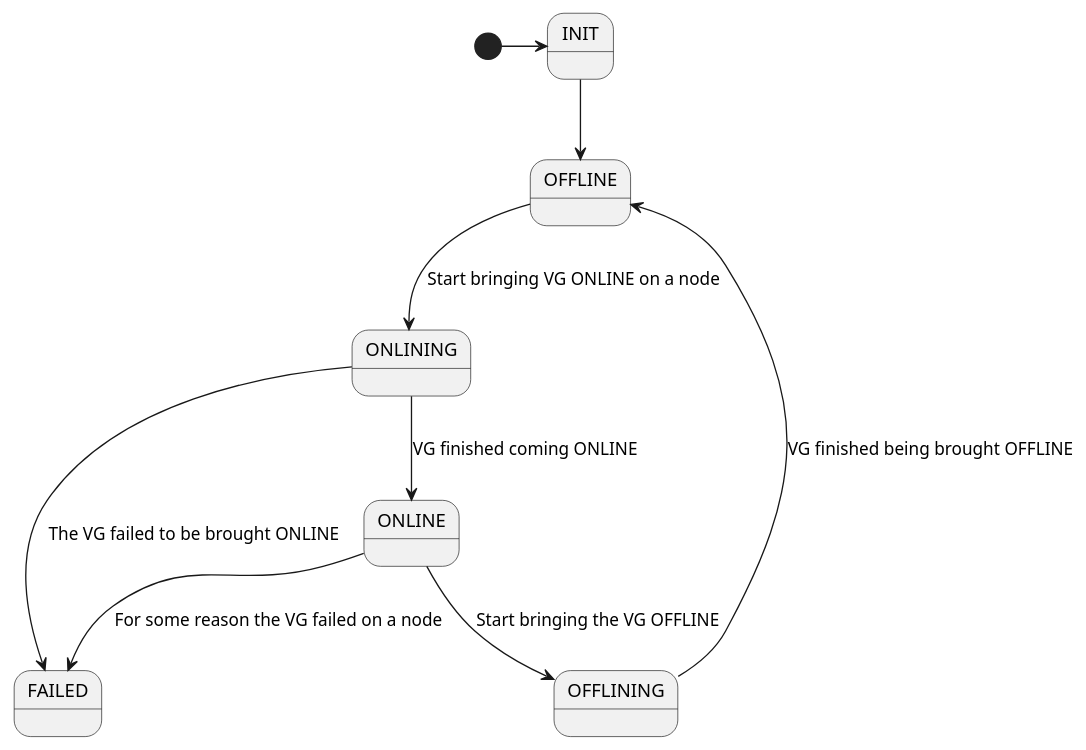
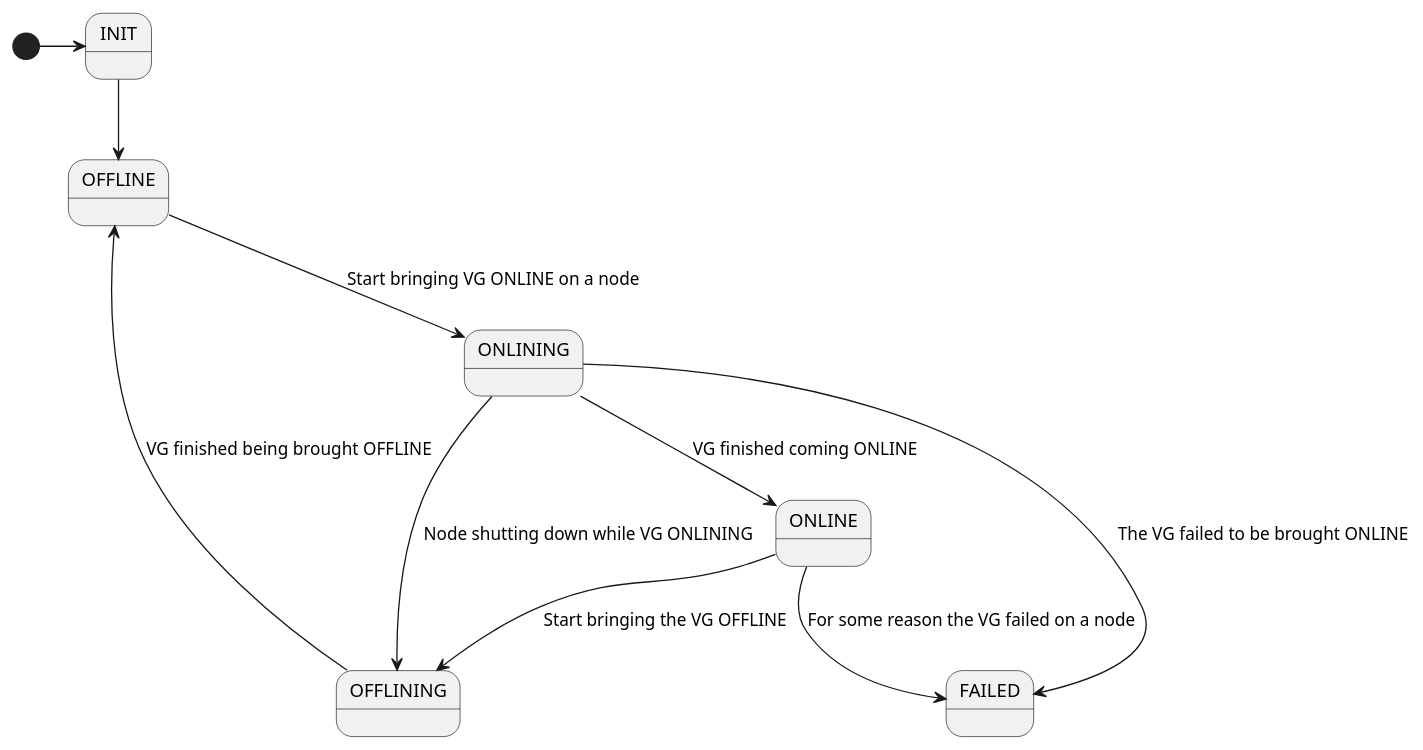
The diagram in consensus/doc/vg-state.puml (NVIDIA/proxyfs), drawn with PlantUML before and after one commit. The commit also changed 5 other files, not shown here.

```diff
--- a/consensus/doc/vg-state.puml
+++ b/consensus/doc/vg-state.puml
@@ -1,12 +1,13 @@
 @startuml
 
 [*] -> INIT
 INIT --> OFFLINE
 OFFLINE --> ONLINING : Start bringing VG ONLINE on a node
 ONLINING --> ONLINE : VG finished coming ONLINE
+ONLINING --> OFFLINING : Node shutting down while VG ONLINING
 ONLINE --> FAILED : For some reason the VG failed on a node
 ONLINE --> OFFLINING : Start bringing the VG OFFLINE
 OFFLINING --> OFFLINE : VG finished being brought OFFLINE
 ONLINING --> FAILED : The VG failed to be brought ONLINE
 
 @enduml
```
